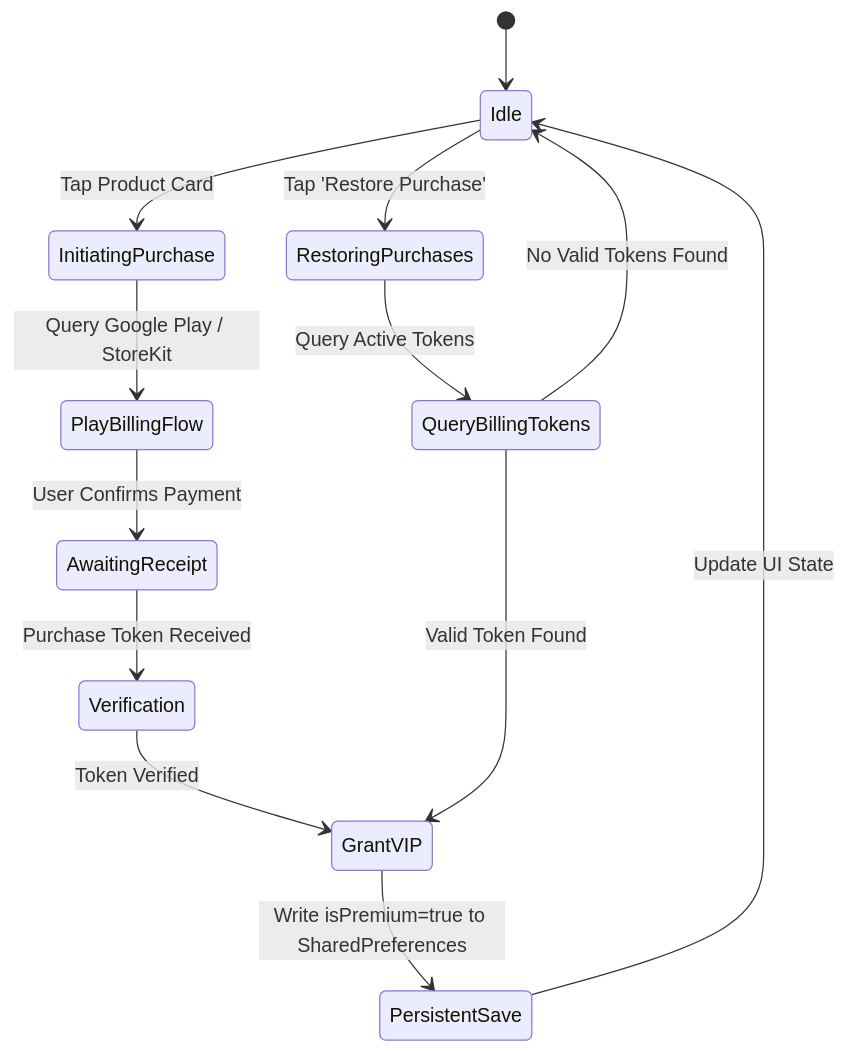
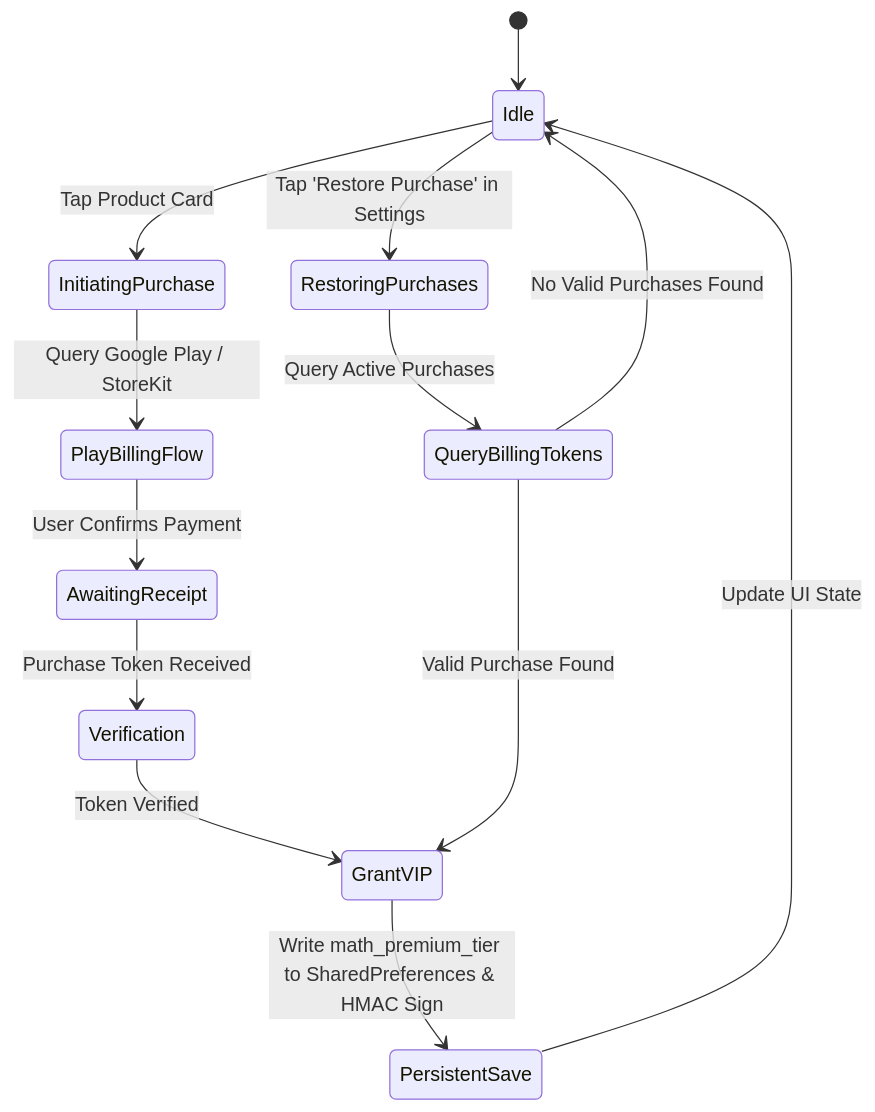
One commit to goku3137/mathriddle changed the second of 2 diagrams in docs/monetization.md. Above: the diagram before and after it, drawn with Mermaid. The commit also changed other lines of this file and 4 other files, not shown here.

````diff
--- a/docs/monetization.md
+++ b/docs/monetization.md
@@ -75,16 +83,16 @@
 ```mermaid
 stateDiagram-v2
     [*] --> Idle
     Idle --> InitiatingPurchase : Tap Product Card
     InitiatingPurchase --> PlayBillingFlow : Query Google Play / StoreKit
     PlayBillingFlow --> AwaitingReceipt : User Confirms Payment
     AwaitingReceipt --> Verification : Purchase Token Received
     Verification --> GrantVIP : Token Verified
-    GrantVIP --> PersistentSave : Write isPremium=true to SharedPreferences
+    GrantVIP --> PersistentSave : Write math_premium_tier to SharedPreferences & HMAC Sign
     PersistentSave --> Idle : Update UI State
 
-    Idle --> RestoringPurchases : Tap 'Restore Purchase'
-    RestoringPurchases --> QueryBillingTokens : Query Active Tokens
-    QueryBillingTokens --> GrantVIP : Valid Token Found
-    QueryBillingTokens --> Idle : No Valid Tokens Found
+    Idle --> RestoringPurchases : Tap 'Restore Purchase' in Settings
+    RestoringPurchases --> QueryBillingTokens : Query Active Purchases
+    QueryBillingTokens --> GrantVIP : Valid Purchase Found
+    QueryBillingTokens --> Idle : No Valid Purchases Found
 ```
````
